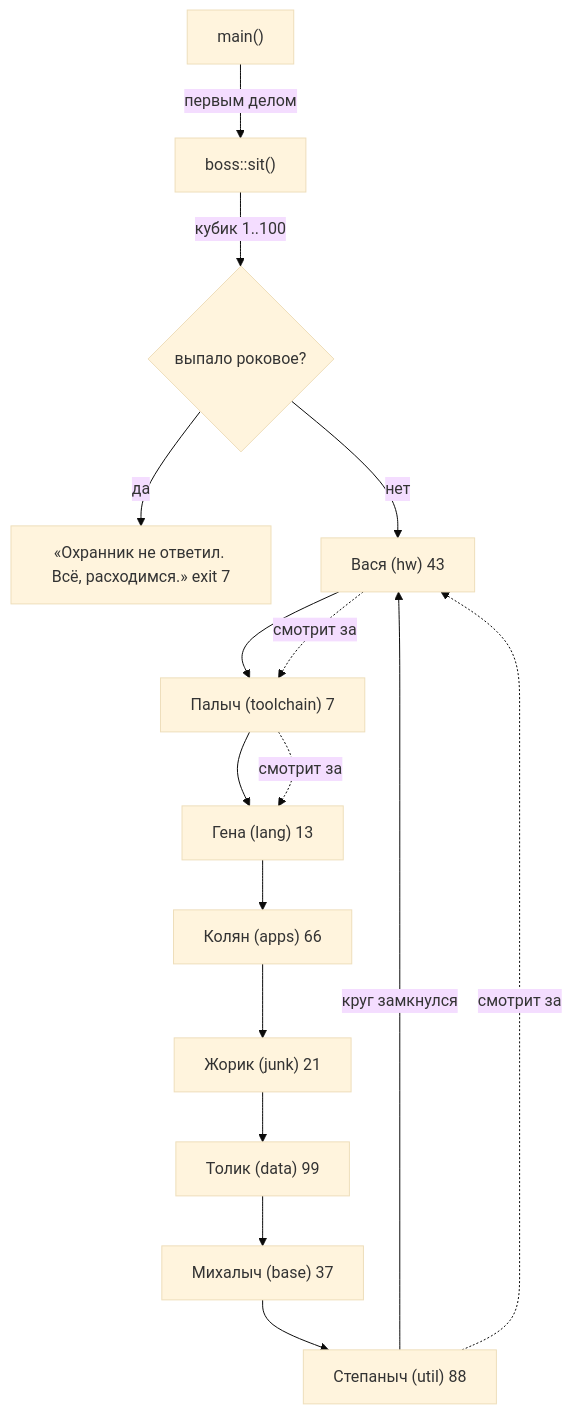
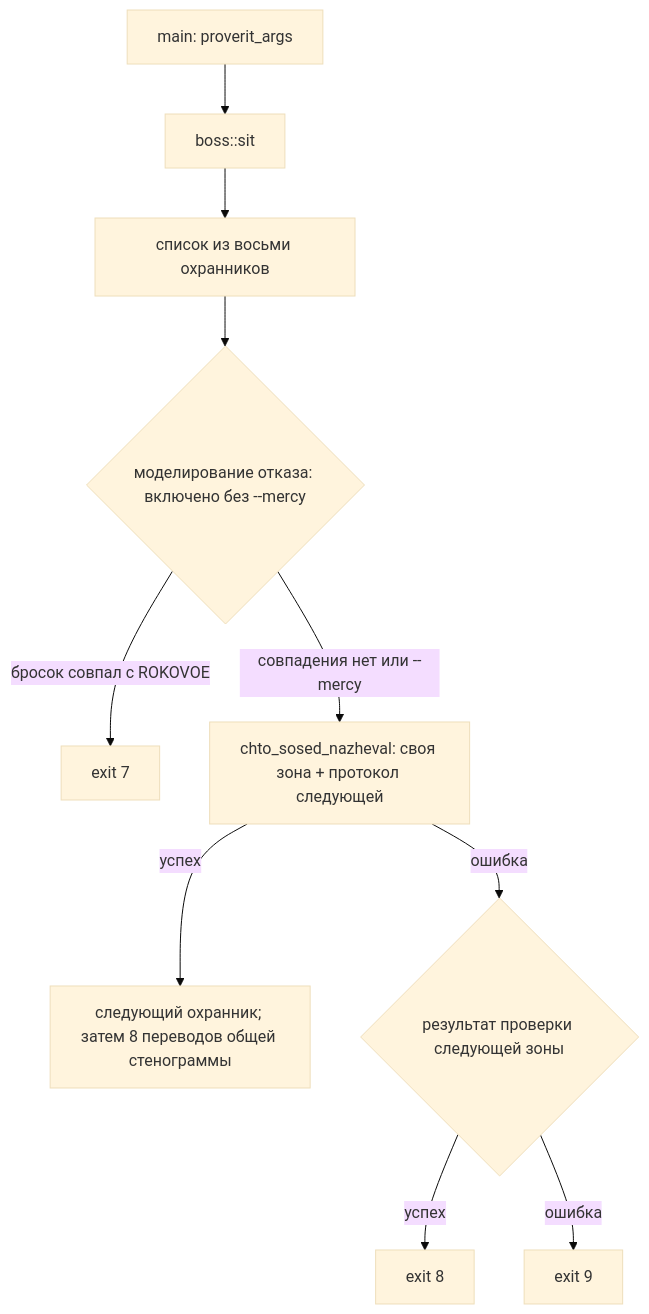
One commit to loki5512344ss/SummumOS changed diagram 22 of 40 in чертежи.md. Above: the diagram before and after it, drawn with Mermaid (base theme). The commit also changed other lines of this file and 40 other files, not shown here.

````diff
--- a/чертежи.md
+++ b/чертежи.md
@@ -565,18 +584,12 @@
 ```mermaid
 graph TD
-    main["main()"] -->|"первым делом"| boss["boss::sit()"]
-    boss -->|"кубик 1..100"| dice{"выпало роковое?"}
-    dice -->|"да"| panic["«Охранник не ответил. Всё, расходимся.» exit 7"]
-    dice -->|"нет"| vasya["Вася (hw) 43"]
-    vasya --> palych["Палыч (toolchain) 7"]
-    palych --> gena["Гена (lang) 13"]
-    gena --> kolyan["Колян (apps) 66"]
-    kolyan --> zhorik["Жорик (junk) 21"]
-    zhorik --> tolik["Толик (data) 99"]
-    tolik --> mihalych["Михалыч (base) 37"]
-    mihalych --> stepanych["Степаныч (util) 88"]
-    stepanych -->|"круг замкнулся"| vasya
-    vasya -.->|"смотрит за"| palych
-    palych -.->|"смотрит за"| gena
-    stepanych -.->|"смотрит за"| vasya
+    main["main: proverit_args"] --> boss["boss::sit"]
+    boss --> list["список из восьми охранников"]
+    list --> model{"моделирование отказа: включено без --mercy"}
+    model -->|"бросок совпал с ROKOVOE"| fail7["exit 7"]
+    model -->|"совпадения нет или --mercy"| own["chto_sosed_nazheval: своя зона + протокол следующей"]
+    own -->|"успех"| next["следующий охранник; затем 8 переводов общей стенограммы"]
+    own -->|"ошибка"| neighbor{"результат проверки следующей зоны"}
+    neighbor -->|"успех"| fail8["exit 8"]
+    neighbor -->|"ошибка"| fail9["exit 9"]
 ```
````
